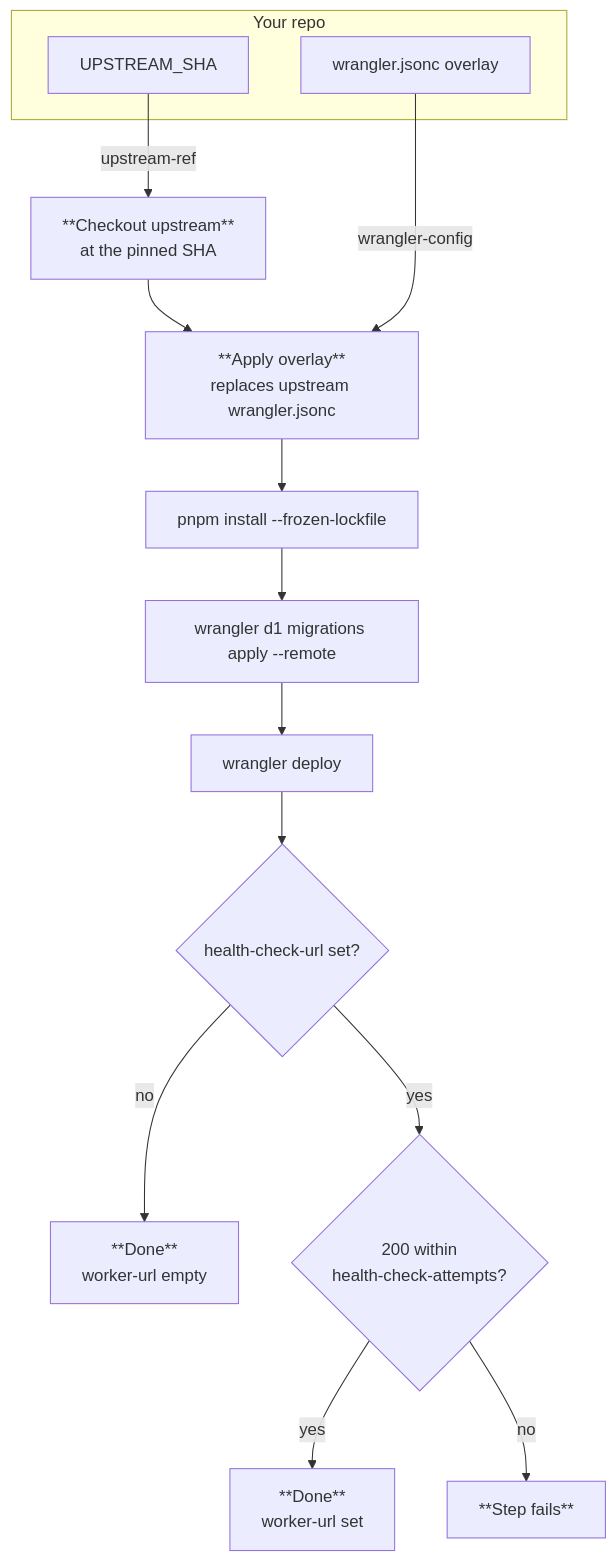
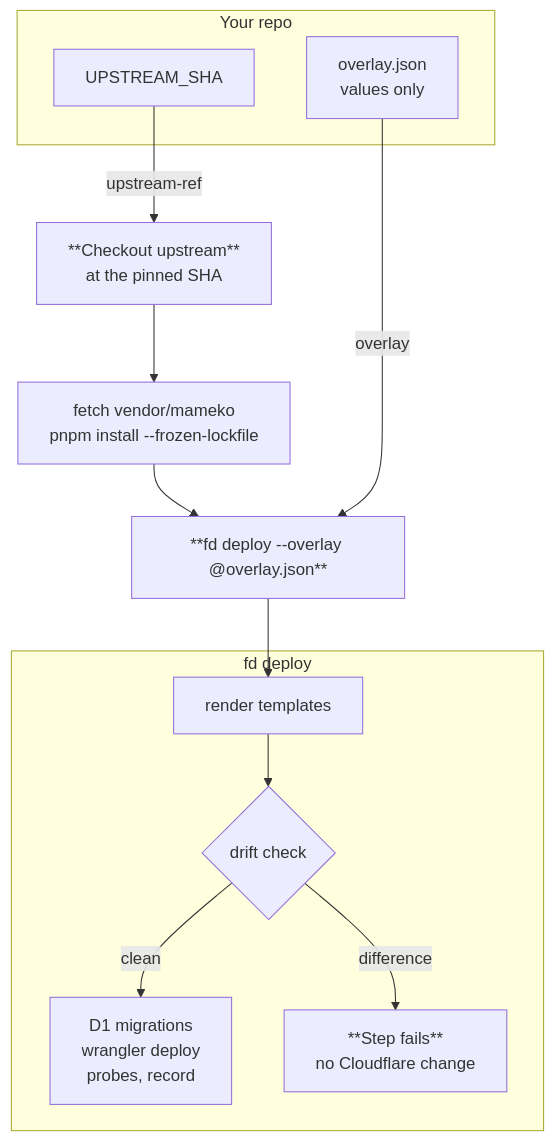
Before and after one commit to fractalboxdev/flare-dispatch: the diagram in actions/deploy-dispatcher-action/README.md, drawn with Mermaid. The commit also changed other lines of this file and 3 other files, not shown here.

First line of the commit message:
feat(deploy-action): run fd deploy with a values-only overlay

````diff
--- a/actions/deploy-dispatcher-action/README.md
+++ b/actions/deploy-dispatcher-action/README.md
@@ -17,21 +26,23 @@
 ```mermaid
 flowchart TB
-    accTitle: Operator overlay deploy pipeline
+    accTitle: Deploy action pipeline
     subgraph repo["Your repo"]
         pin["UPSTREAM_SHA"]
-        overlay["wrangler.jsonc overlay"]
+        overlay["overlay.json<br/>values only"]
     end
     pin -->|"upstream-ref"| checkout["**Checkout upstream**<br/>at the pinned SHA"]
-    checkout --> apply["**Apply overlay**<br/>replaces upstream wrangler.jsonc"]
-    overlay -->|"wrangler-config"| apply
-    apply --> install["pnpm install --frozen-lockfile"]
-    install --> migrate["wrangler d1 migrations apply --remote"]
-    migrate --> deploy["wrangler deploy"]
-    deploy --> hasurl{"health-check-url set?"}
-    hasurl -->|no| skip["**Done**<br/>worker-url empty"]
-    hasurl -->|yes| poll{"200 within<br/>health-check-attempts?"}
-    poll -->|yes| healthy["**Done**<br/>worker-url set"]
-    poll -->|no| fail["**Step fails**"]
-    class healthy ok
-    class fail danger
+    checkout --> install["fetch vendor/mameko<br/>pnpm install --frozen-lockfile"]
+    install --> fd["**fd deploy --overlay @overlay.json**"]
+    overlay -->|"overlay"| fd
+    subgraph pipeline["fd deploy"]
+        render["render templates"] --> drift{"drift check"}
+        drift -->|clean| deploy["D1 migrations<br/>wrangler deploy<br/>probes, record"]
+        drift -->|difference| stop["**Step fails**<br/>no Cloudflare change"]
+    end
+    fd --> render
+    class render accent
+    class drift warn
+    class overlay store
+    class deploy ok
+    class stop danger
 ```
````
